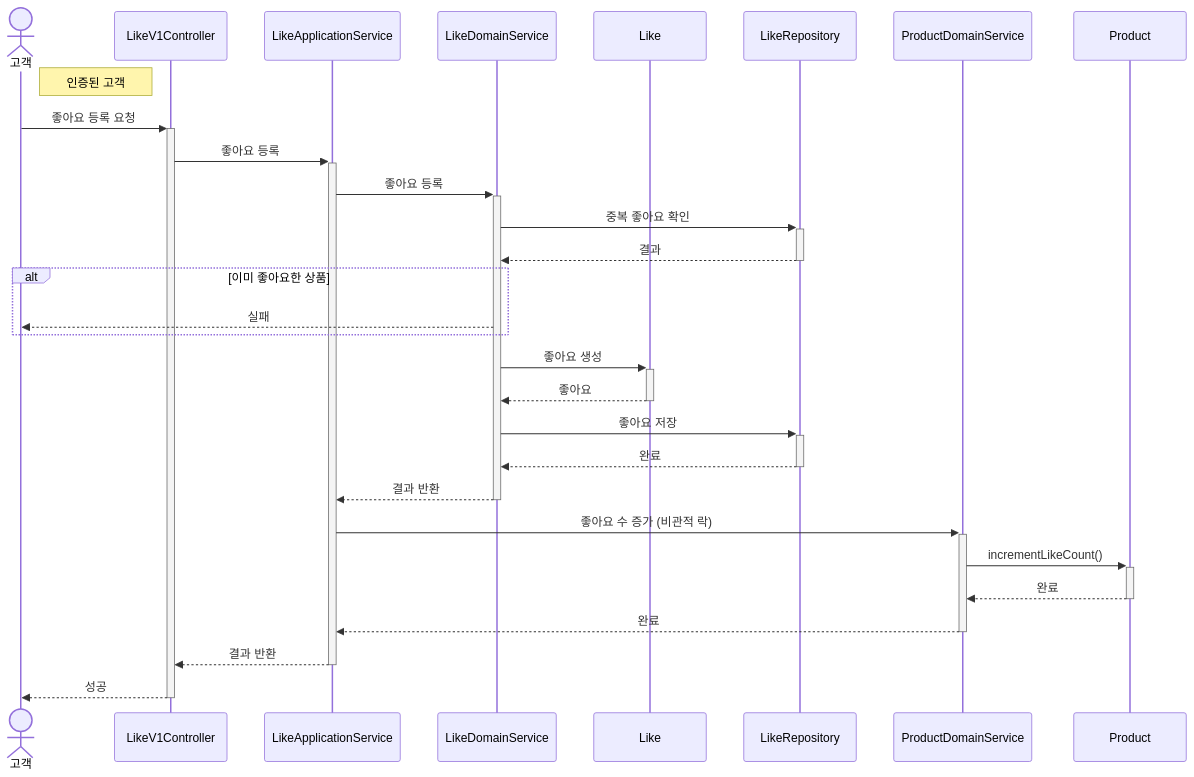
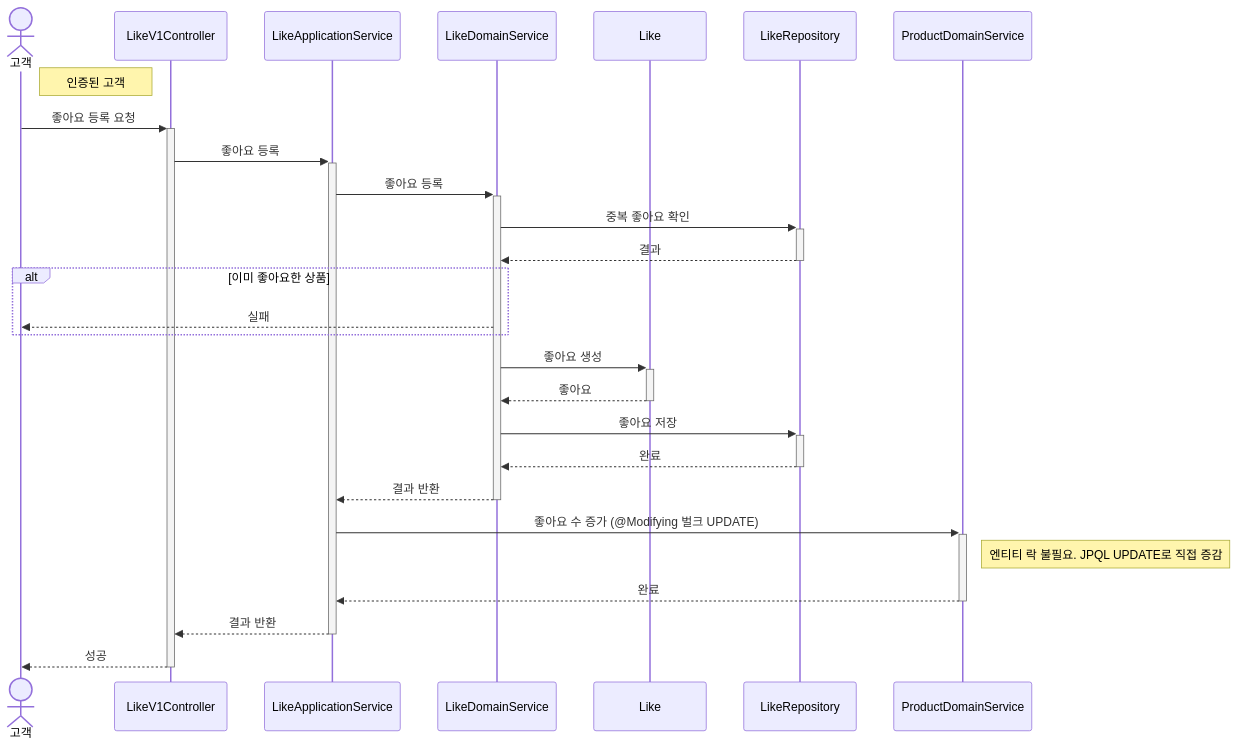
Before and after one commit to Loopers-dev-lab/loop-pack-be-l2-vol3-java: the first of 7 diagrams in .docs/02-sequence-diagrams.md, drawn with Mermaid. The commit also changed other lines of this file and 3 other files, not shown here.

````diff
--- a/.docs/02-sequence-diagrams.md
+++ b/.docs/02-sequence-diagrams.md
@@ -14,38 +14,36 @@
 ```mermaid
 sequenceDiagram
     actor 고객
     participant LikeV1Controller
     participant LikeApplicationService
     participant LikeDomainService
     participant Like
     participant LikeRepository
     participant ProductDomainService
-    participant Product
 
     Note right of 고객: 인증된 고객
 
     고객->>+LikeV1Controller: 좋아요 등록 요청
     LikeV1Controller->>+LikeApplicationService: 좋아요 등록
 
     LikeApplicationService->>+LikeDomainService: 좋아요 등록
     LikeDomainService->>+LikeRepository: 중복 좋아요 확인
     LikeRepository-->>-LikeDomainService: 결과
     alt 이미 좋아요한 상품
         LikeDomainService-->>고객: 실패
     end
 
     LikeDomainService->>+Like: 좋아요 생성
     Like-->>-LikeDomainService: 좋아요
     LikeDomainService->>+LikeRepository: 좋아요 저장
     LikeRepository-->>-LikeDomainService: 완료
 
     LikeDomainService-->>-LikeApplicationService: 결과 반환
 
-    LikeApplicationService->>+ProductDomainService: 좋아요 수 증가 (비관적 락)
-    ProductDomainService->>+Product: incrementLikeCount()
-    Product-->>-ProductDomainService: 완료
+    LikeApplicationService->>+ProductDomainService: 좋아요 수 증가 (@Modifying 벌크 UPDATE)
+    Note right of ProductDomainService: 엔티티 락 불필요. JPQL UPDATE로 직접 증감
     ProductDomainService-->>-LikeApplicationService: 완료
 
     LikeApplicationService-->>-LikeV1Controller: 결과 반환
     LikeV1Controller-->>-고객: 성공
 ```
````
